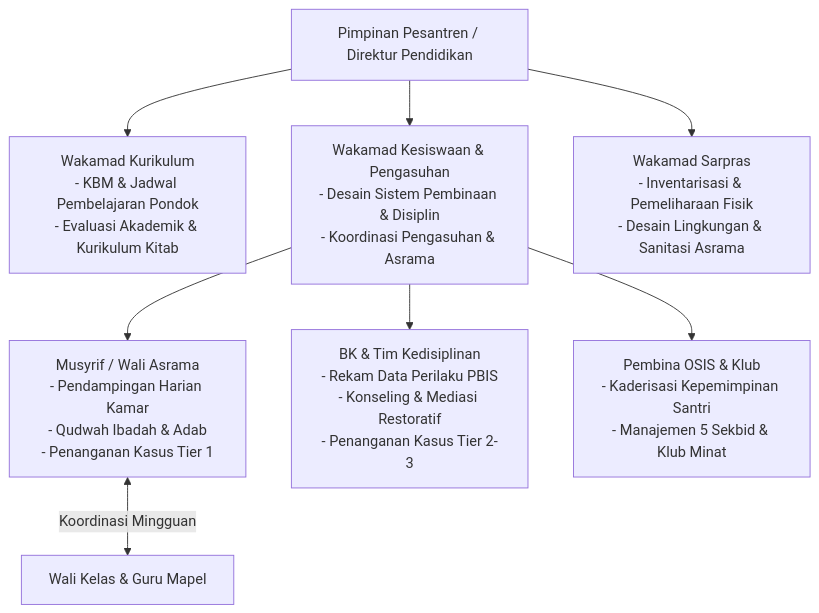
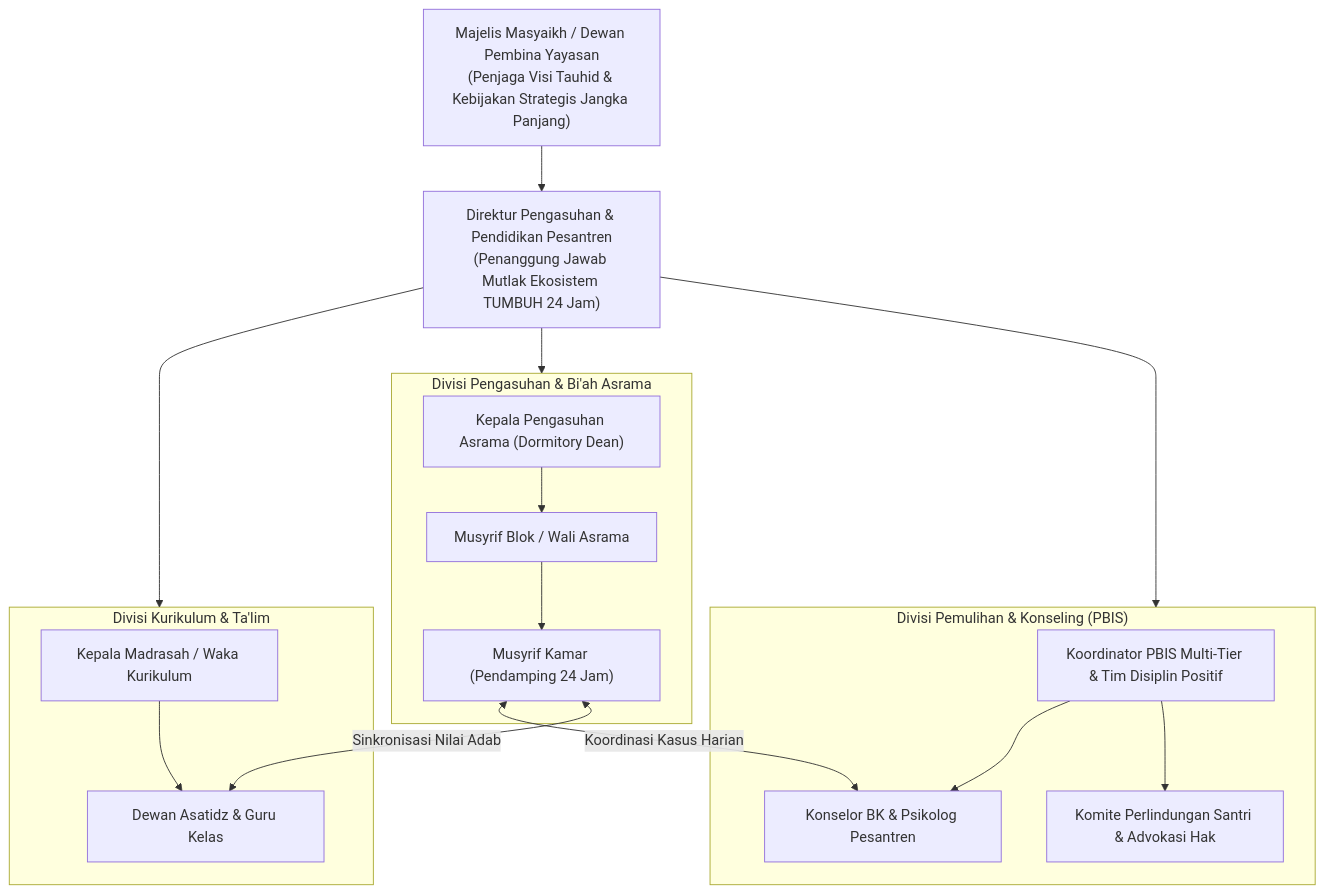
One commit to wandiapriliyandi/tumbuh changed the diagram in .agents/skills/pakar-tata-kelola-qudwah/SKILL.md. Above: the diagram before and after it, drawn with Mermaid. The commit also changed other lines of this file and 22 other files, not shown here.

````diff
--- a/.agents/skills/pakar-tata-kelola-qudwah/SKILL.md
+++ b/.agents/skills/pakar-tata-kelola-qudwah/SKILL.md
@@ -17,13 +34,36 @@
 ```mermaid
 graph TD
-    Pimpinan["Pimpinan Pesantren / Direktur Pendidikan"]
-    Pimpinan --> Kurikulum["Wakamad Kurikulum<br/>- KBM & Jadwal Pembelajaran Pondok<br/>- Evaluasi Akademik & Kurikulum Kitab"]
-    Pimpinan --> Kesiswaan["Wakamad Kesiswaan & Pengasuhan<br/>- Desain Sistem Pembinaan & Disiplin<br/>- Koordinasi Pengasuhan & Asrama"]
-    Pimpinan --> Sarpras["Wakamad Sarpras<br/>- Inventarisasi & Pemeliharaan Fisik<br/>- Desain Lingkungan & Sanitasi Asrama"]
-
-    Kesiswaan --> Musyrif["Musyrif / Wali Asrama<br/>- Pendampingan Harian Kamar<br/>- Qudwah Ibadah & Adab<br/>- Penanganan Kasus Tier 1"]
-    Kesiswaan --> BK["BK & Tim Kedisiplinan<br/>- Rekam Data Perilaku PBIS<br/>- Konseling & Mediasi Restoratif<br/>- Penanganan Kasus Tier 2-3"]
-    Kesiswaan --> OSIS["Pembina OSIS & Klub<br/>- Kaderisasi Kepemimpinan Santri<br/>- Manajemen 5 Sekbid & Klub Minat"]
-
-    Musyrif <--> |Koordinasi Mingguan| WaliKelas["Wali Kelas & Guru Mapel"]
+    MajelisMasyaikh["Majelis Masyaikh / Dewan Pembina Yayasan<br/>(Penjaga Visi Tauhid & Kebijakan Strategis Jangka Panjang)"]
+    
+    DirekturTarbiyah["Direktur Pengasuhan & Pendidikan Pesantren<br/>(Penanggung Jawab Mutlak Ekosistem TUMBUH 24 Jam)"]
+    
+    MajelisMasyaikh --> DirekturTarbiyah
+    
+    subgraph DivisiAkademik["Divisi Kurikulum & Ta'lim"]
+        WakaKurikulum["Kepala Madrasah / Waka Kurikulum"]
+        GuruMapel["Dewan Asatidz & Guru Kelas"]
+        WakaKurikulum --> GuruMapel
+    end
+    
+    subgraph DivisiPengasuhan["Divisi Pengasuhan & Bi'ah Asrama"]
+        WakaPengasuhan["Kepala Pengasuhan Asrama (Dormitory Dean)"]
+        MusyrifSenior["Musyrif Blok / Wali Asrama"]
+        MusyrifKamar["Musyrif Kamar (Pendamping 24 Jam)"]
+        WakaPengasuhan --> MusyrifSenior --> MusyrifKamar
+    end
+    
+    subgraph DivisiRestoratif["Divisi Pemulihan & Konseling (PBIS)"]
+        KoordPBIS["Koordinator PBIS Multi-Tier & Tim Disiplin Positif"]
+        KonselorBK["Konselor BK & Psikolog Pesantren"]
+        AdvokatSantri["Komite Perlindungan Santri & Advokasi Hak"]
+        KoordPBIS --> KonselorBK
+        KoordPBIS --> AdvokatSantri
+    end
+    
+    DirekturTarbiyah --> DivisiAkademik
+    DirekturTarbiyah --> DivisiPengasuhan
+    DirekturTarbiyah --> DivisiRestoratif
+    
+    MusyrifKamar <--> |Koordinasi Kasus Harian| KonselorBK
+    MusyrifKamar <--> |Sinkronisasi Nilai Adab| GuruMapel
 ```
````
